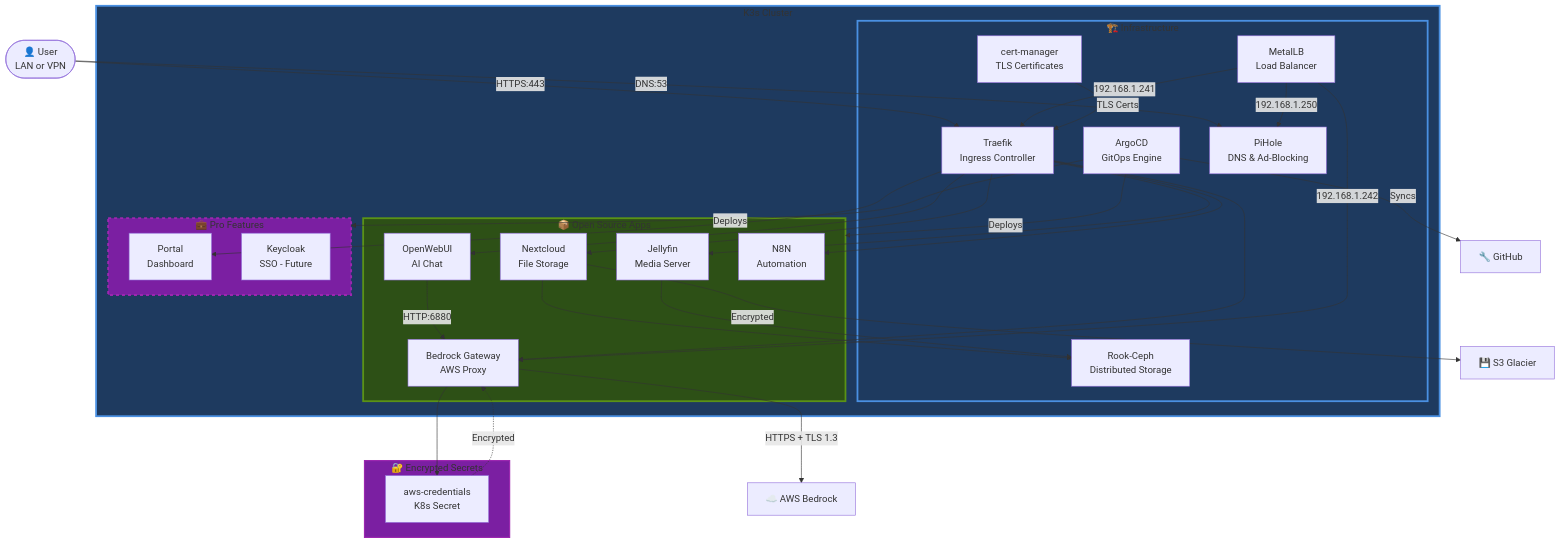
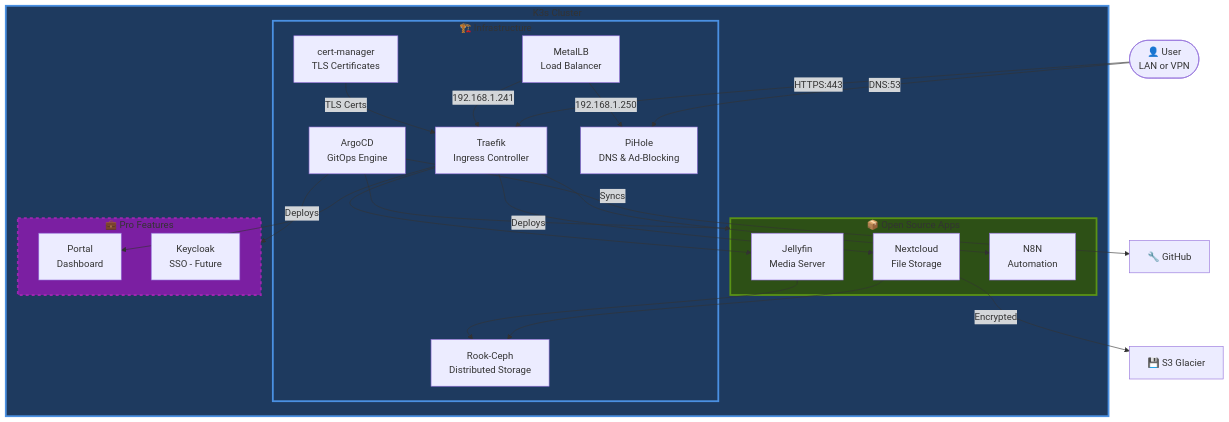
The second of 3 diagrams in docs/wiki/02-Architecture.md (seadogger-tech/seadogger-homelab), drawn with Mermaid before and after one commit. The commit also changed other lines of this file, not shown here.

Commit message:
docs: update docs/wiki/02-Architecture.md for retired Bedrock, OpenWebUI and Hermes (OCE-101)

````diff
--- a/docs/wiki/02-Architecture.md
+++ b/docs/wiki/02-Architecture.md
@@ -80,72 +77,56 @@
 ```mermaid
 graph TB
     User([👤 User<br/>LAN or VPN])
 
     subgraph K3s["K3s Cluster"]
         subgraph Infrastructure["🏗️ Infrastructure"]
             Traefik[Traefik<br/>Ingress Controller]
             MetalLB[MetalLB<br/>Load Balancer]
             Ceph[Rook-Ceph<br/>Distributed Storage]
             CertMgr[cert-manager<br/>TLS Certificates]
             ArgoCD[ArgoCD<br/>GitOps Engine]
             PiHole[PiHole<br/>DNS & Ad-Blocking]
         end
 
         subgraph Apps["📦 Open Source Apps"]
             Nextcloud[Nextcloud<br/>File Storage]
             Jellyfin[Jellyfin<br/>Media Server]
-            OpenWebUI[OpenWebUI<br/>AI Chat]
             N8N[N8N<br/>Automation]
-            Bedrock_GW[Bedrock Gateway<br/>AWS Proxy]
         end
 
         subgraph Pro["💼 Pro Features"]
             Portal[Portal<br/>Dashboard]
             Keycloak[Keycloak<br/>SSO - Future]
         end
     end
 
-    subgraph Secrets["🔐 Encrypted Secrets"]
-        AWS_Secret[aws-credentials<br/>K8s Secret]
-    end
-
     GitHub[🔧 GitHub]
-    AWS[☁️ AWS Bedrock]
     S3[💾 S3 Glacier]
 
     User -->|HTTPS:443| Traefik
     User -->|DNS:53| PiHole
 
     Traefik --> Nextcloud
     Traefik --> Jellyfin
-    Traefik --> OpenWebUI
     Traefik --> N8N
     Traefik --> Portal
-    Traefik --> Bedrock_GW
 
     ArgoCD -->|Deploys| Apps
     ArgoCD -->|Deploys| Pro
     ArgoCD -->|Syncs| GitHub
 
     MetalLB -->|192.168.1.241| Traefik
     MetalLB -->|192.168.1.250| PiHole
-    MetalLB -->|192.168.1.242| Bedrock_GW
 
     CertMgr -->|TLS Certs| Traefik
 
     Nextcloud --> Ceph
     Jellyfin --> Ceph
 
-    Bedrock_GW --> AWS_Secret
-    AWS_Secret -.->|Encrypted| Bedrock_GW
-
-    OpenWebUI -->|HTTP:6880| Bedrock_GW
-    Bedrock_GW -->|HTTPS + TLS 1.3| AWS
     Nextcloud -->|Encrypted| S3
 
     style Infrastructure fill:#1e3a5f,stroke:#4a90e2,stroke-width:3px
     style Apps fill:#2d5016,stroke:#5a9216,stroke-width:3px
     style Pro fill:#7b1fa2,stroke:#9c27b0,stroke-width:3px,stroke-dasharray: 5 5
     style K3s fill:#1e3a5f,stroke:#4a90e2,stroke-width:3px
-    style Secrets fill:#7b1fa2,stroke:#9c27b0,stroke-width:2px
 ```
````
